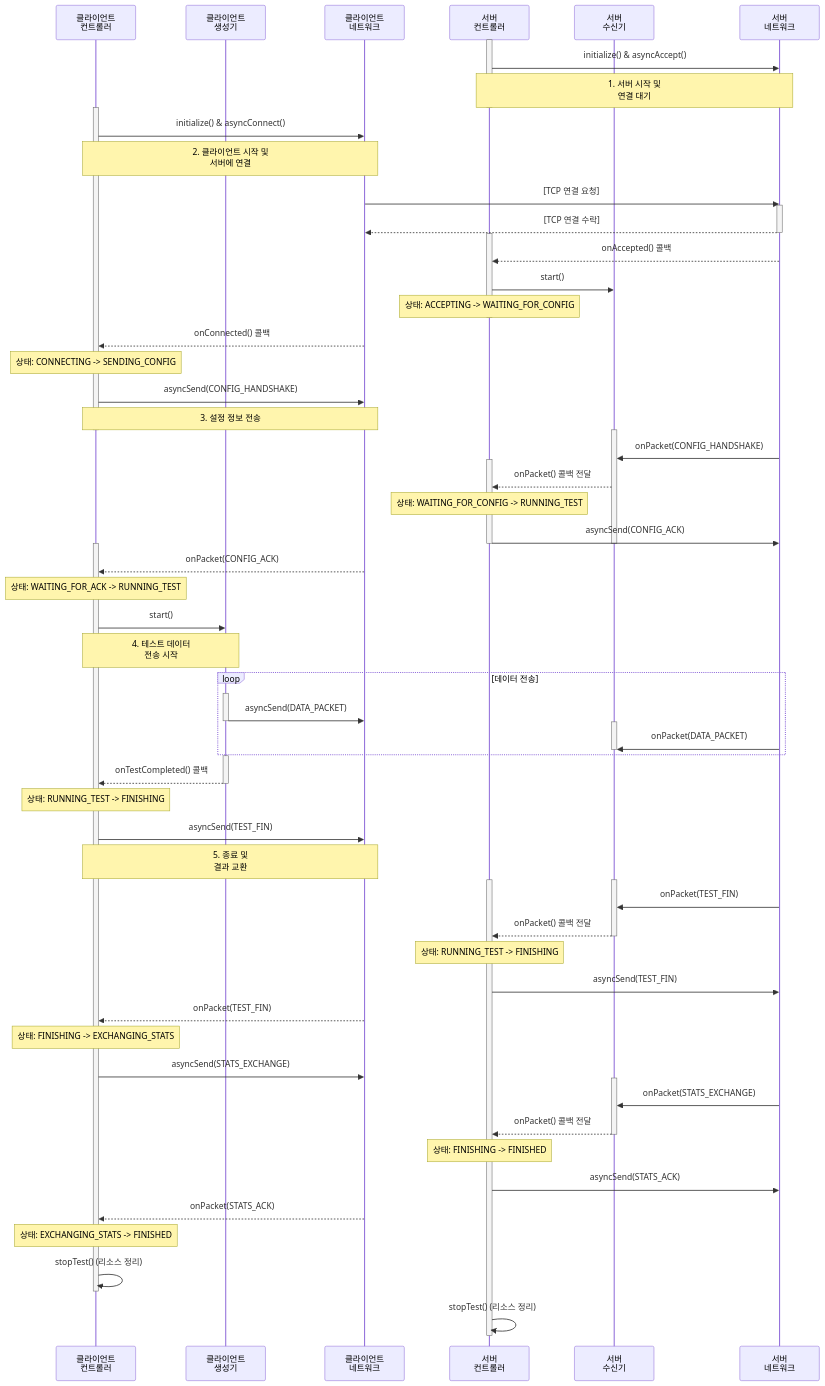
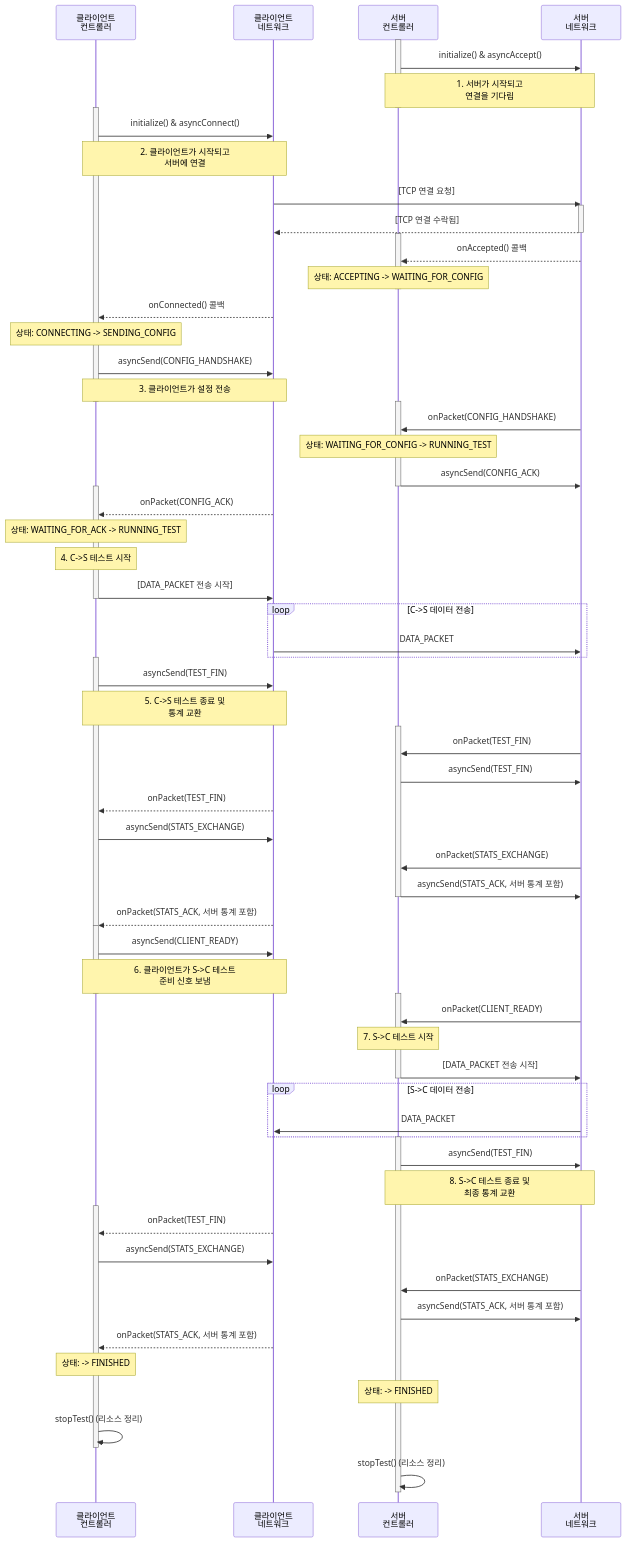
The diagram in UML/SequenceDiagram.md (JunKIM2603a/MyIperf), drawn with Mermaid before and after one commit. The commit also changed other lines of this file and 19 other files, not shown here.

````diff
--- a/UML/SequenceDiagram.md
+++ b/UML/SequenceDiagram.md
@@ -7,91 +7,100 @@
 ```mermaid
 sequenceDiagram
     participant C_TC as 클라이언트<br>컨트롤러
-    participant C_PG as 클라이언트<br>생성기
     participant C_NI as 클라이언트<br>네트워크
     participant S_TC as 서버<br>컨트롤러
-    participant S_PR as 서버<br>수신기
     participant S_NI as 서버<br>네트워크
 
     activate S_TC
     S_TC->>S_NI: initialize() & asyncAccept()
-    note over S_TC, S_NI: 1. 서버 시작 및<br>연결 대기
+    note over S_TC, S_NI: 1. 서버가 시작되고<br>연결을 기다림
     deactivate S_TC
 
     activate C_TC
     C_TC->>C_NI: initialize() & asyncConnect()
-    note over C_TC, C_NI: 2. 클라이언트 시작 및<br>서버에 연결
+    note over C_TC, C_NI: 2. 클라이언트가 시작되고<br>서버에 연결
     
     C_NI->>S_NI: [TCP 연결 요청]
     activate S_NI
-    S_NI-->>C_NI: [TCP 연결 수락]
+    S_NI-->>C_NI: [TCP 연결 수락됨]
     deactivate S_NI
 
     activate S_TC
     S_NI-->>S_TC: onAccepted() 콜백
-    S_TC->>S_PR: start()
     note over S_TC: 상태: ACCEPTING -> WAITING_FOR_CONFIG
     deactivate S_TC
     
     C_NI-->>C_TC: onConnected() 콜백
     note over C_TC: 상태: CONNECTING -> SENDING_CONFIG
     C_TC->>C_NI: asyncSend(CONFIG_HANDSHAKE)
-    note over C_TC, C_NI: 3. 설정 정보 전송
+    note over C_TC, C_NI: 3. 클라이언트가 설정 전송
     deactivate C_TC
 
-    activate S_PR
-    S_NI->>S_PR: onPacket(CONFIG_HANDSHAKE)
     activate S_TC
-    S_PR-->>S_TC: onPacket() 콜백 전달
+    S_NI->>S_TC: onPacket(CONFIG_HANDSHAKE)
     note over S_TC: 상태: WAITING_FOR_CONFIG -> RUNNING_TEST
     S_TC->>S_NI: asyncSend(CONFIG_ACK)
     deactivate S_TC
-    deactivate S_PR
 
     activate C_TC
     C_NI-->>C_TC: onPacket(CONFIG_ACK)
     note over C_TC: 상태: WAITING_FOR_ACK -> RUNNING_TEST
-    C_TC->>C_PG: start()
-    note over C_TC, C_PG: 4. 테스트 데이터<br>전송 시작
-    
-    loop 데이터 전송
-        activate C_PG
-        C_PG->>C_NI: asyncSend(DATA_PACKET)
-        deactivate C_PG
-        activate S_PR
-        S_NI->>S_PR: onPacket(DATA_PACKET)
-        deactivate S_PR
+    note over C_TC: 4. C->S 테스트 시작
+    C_TC->>C_NI: [DATA_PACKET 전송 시작]
+    deactivate C_TC
+
+    loop C->S 데이터 전송
+        C_NI->>S_NI: DATA_PACKET
     end
     
-    activate C_PG
-    C_PG-->>C_TC: onTestCompleted() 콜백
-    deactivate C_PG
-    note over C_TC: 상태: RUNNING_TEST -> FINISHING
+    activate C_TC
     C_TC->>C_NI: asyncSend(TEST_FIN)
-    note over C_TC, C_NI: 5. 종료 및<br>결과 교환
+    note over C_TC, C_NI: 5. C->S 테스트 종료 및<br>통계 교환
     
     activate S_TC
-    activate S_PR
-    S_NI->>S_PR: onPacket(TEST_FIN)
-    S_PR-->>S_TC: onPacket() 콜백 전달
-    deactivate S_PR
-    note over S_TC: 상태: RUNNING_TEST -> FINISHING
+    S_NI->>S_TC: onPacket(TEST_FIN)
     S_TC->>S_NI: asyncSend(TEST_FIN)
     
     C_NI-->>C_TC: onPacket(TEST_FIN)
-    note over C_TC: 상태: FINISHING -> EXCHANGING_STATS
     C_TC->>C_NI: asyncSend(STATS_EXCHANGE)
     
-    activate S_PR
-    S_NI->>S_PR: onPacket(STATS_EXCHANGE)
-    S_PR-->>S_TC: onPacket() 콜백 전달
-    deactivate S_PR
-    note over S_TC: 상태: FINISHING -> FINISHED
-    S_TC->>S_NI: asyncSend(STATS_ACK)
+    S_NI->>S_TC: onPacket(STATS_EXCHANGE)
+    S_TC->>S_NI: asyncSend(STATS_ACK, 서버 통계 포함)
+    deactivate S_TC
     
-    C_NI-->>C_TC: onPacket(STATS_ACK)
-    note over C_TC: 상태: EXCHANGING_STATS -> FINISHED
-    
+    C_NI-->>C_TC: onPacket(STATS_ACK, 서버 통계 포함)
+    deactivate C_TC
+
+    activate C_TC
+    C_TC->>C_NI: asyncSend(CLIENT_READY)
+    note over C_TC, C_NI: 6. 클라이언트가 S->C 테스트<br>준비 신호 보냄
+    deactivate C_TC
+
+    activate S_TC
+    S_NI->>S_TC: onPacket(CLIENT_READY)
+    note over S_TC: 7. S->C 테스트 시작
+    S_TC->>S_NI: [DATA_PACKET 전송 시작]
+    deactivate S_TC
+
+    loop S->C 데이터 전송
+        S_NI->>C_NI: DATA_PACKET
+    end
+
+    activate S_TC
+    S_TC->>S_NI: asyncSend(TEST_FIN)
+    note over S_TC, S_NI: 8. S->C 테스트 종료 및<br>최종 통계 교환
+
+    activate C_TC
+    C_NI-->>C_TC: onPacket(TEST_FIN)
+    C_TC->>C_NI: asyncSend(STATS_EXCHANGE)
+
+    S_NI->>S_TC: onPacket(STATS_EXCHANGE)
+    S_TC->>S_NI: asyncSend(STATS_ACK, 서버 통계 포함)
+
+    C_NI-->>C_TC: onPacket(STATS_ACK, 서버 통계 포함)
+    note over C_TC: 상태: -> FINISHED
+    note over S_TC: 상태: -> FINISHED
+
     C_TC->>C_TC: stopTest() (리소스 정리)
     deactivate C_TC
     
````
